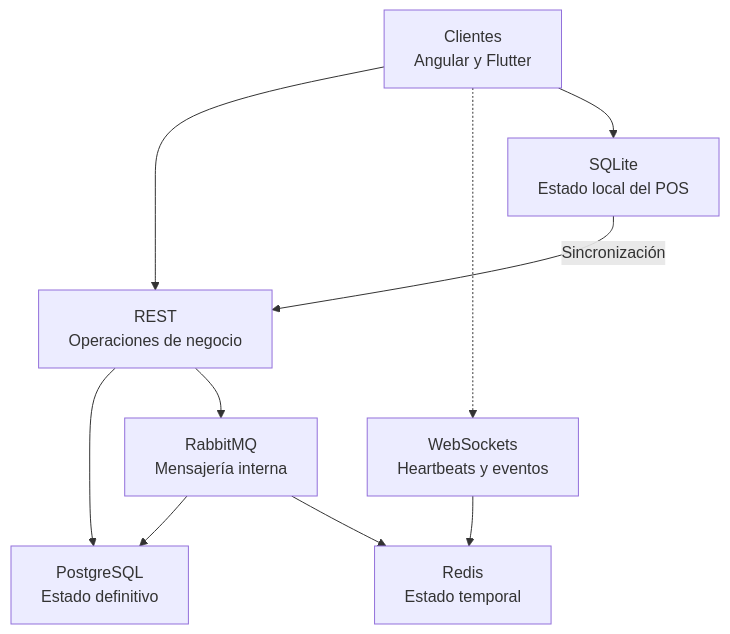
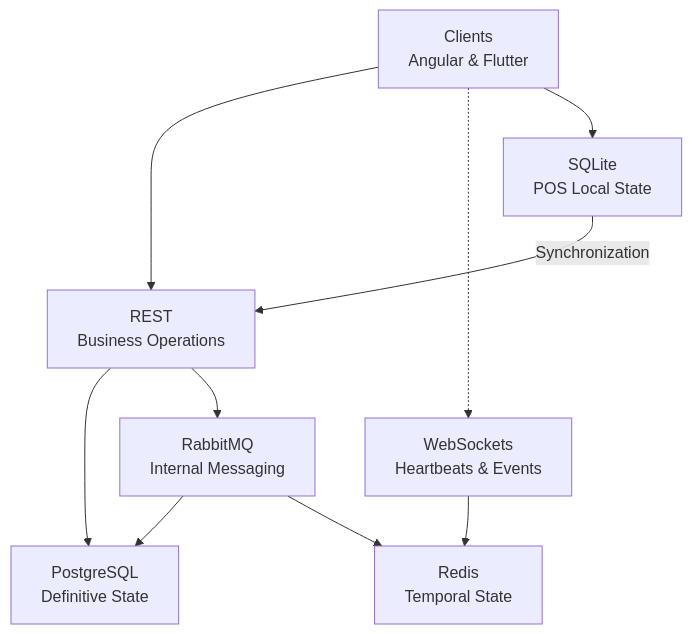
One commit to migueval/software-engineering changed the second of 29 diagrams in Connectivity Strategies in Distributed Systems/ARCHITECTURE.md. Above: the diagram before and after it, drawn with Mermaid. The commit also changed other lines of this file and 19 other files, not shown here.

````diff
--- a/Connectivity Strategies in Distributed Systems/ARCHITECTURE.md
+++ b/Connectivity Strategies in Distributed Systems/ARCHITECTURE.md
@@ -195,26 +195,26 @@
 ```mermaid
 flowchart TD
 
-    CLIENTS["Clientes<br/>Angular y Flutter"]
+    CLIENTS["Clients<br/>Angular & Flutter"]
 
-    REST["REST<br/>Operaciones de negocio"]
-    WEBSOCKET["WebSockets<br/>Heartbeats y eventos"]
-    RABBIT["RabbitMQ<br/>Mensajería interna"]
-    REDIS["Redis<br/>Estado temporal"]
-    POSTGRES["PostgreSQL<br/>Estado definitivo"]
-    SQLITE["SQLite<br/>Estado local del POS"]
+    REST["REST<br/>Business Operations"]
+    WEBSOCKET["WebSockets<br/>Heartbeats & Events"]
+    RABBIT["RabbitMQ<br/>Internal Messaging"]
+    REDIS["Redis<br/>Temporal State"]
+    POSTGRES["PostgreSQL<br/>Definitive State"]
+    SQLITE["SQLite<br/>POS Local State"]
 
     CLIENTS --> REST
     CLIENTS -.-> WEBSOCKET
     CLIENTS --> SQLITE
 
-    SQLITE -->|"Sincronización"| REST
+    SQLITE -->|"Synchronization"| REST
 
     REST --> POSTGRES
     REST --> RABBIT
 
     WEBSOCKET --> REDIS
 
     RABBIT --> POSTGRES
     RABBIT --> REDIS
 ```
````
